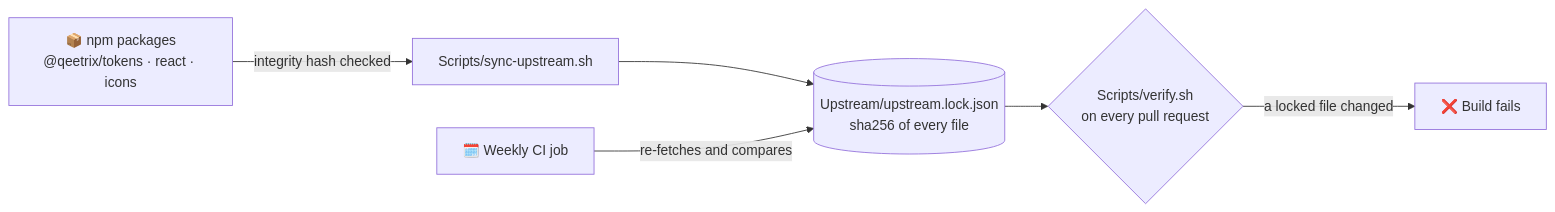
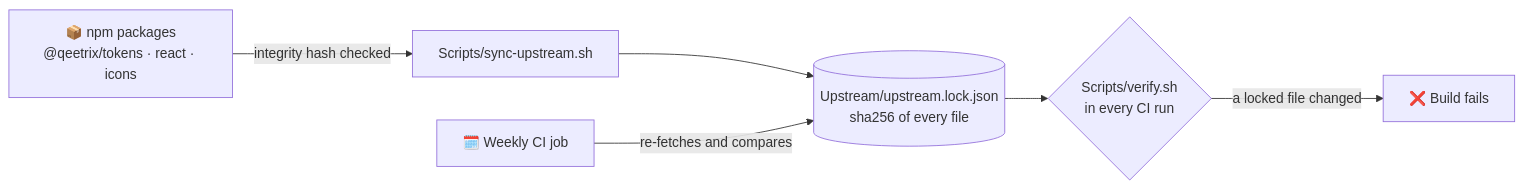
The diagram in SECURITY.md (qeetgroup/qeetrix-ios), drawn with Mermaid before and after one commit. The commit also changed 6 other files, not shown here.

First line of the commit message:
ci: run CI on develop only, as every Qeetrix repository now does

````diff
--- a/SECURITY.md
+++ b/SECURITY.md
@@ -17,8 +17,8 @@
 ```mermaid
 flowchart LR
     N["📦 npm packages<br/>@qeetrix/tokens · react · icons"] -->|"integrity hash checked"| S["Scripts/sync-upstream.sh"]
     S --> L[("Upstream/upstream.lock.json<br/>sha256 of every file")]
-    L --> C{"Scripts/verify.sh<br/>on every pull request"}
+    L --> C{"Scripts/verify.sh<br/>in every CI run"}
     C -->|"a locked file changed"| F["❌ Build fails"]
     W["🗓️ Weekly CI job"] -->|"re-fetches and compares"| L
 ```
````
